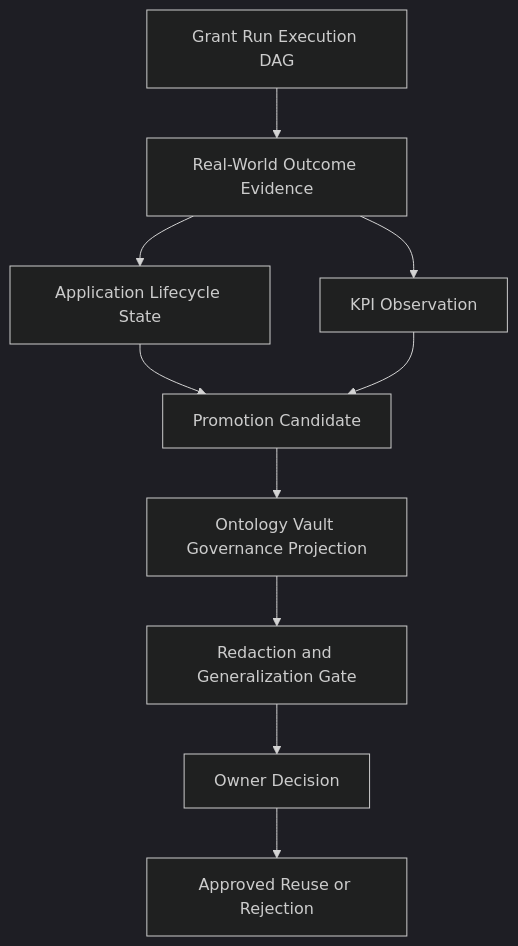
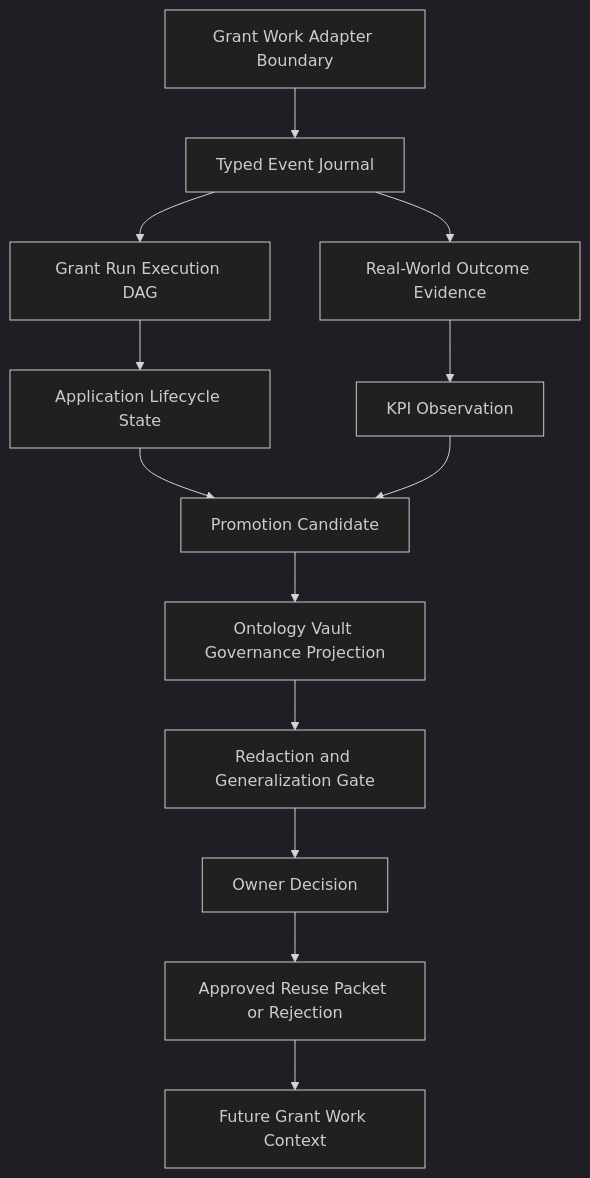
The diagram in docs/features/goldenquill-promotion-governance/SPEC.md (cyberAlchemyAI/domainspec), drawn with Mermaid (dark theme) before and after one commit. The commit also changed other lines of this file and 47 other files, not shown here.

Commit message:
Update GoldenQuill promotion governance docs

````diff
--- a/docs/features/goldenquill-promotion-governance/SPEC.md
+++ b/docs/features/goldenquill-promotion-governance/SPEC.md
@@ -55,12 +60,15 @@
 ```mermaid
 graph TD
-    A[Grant Run Execution DAG] --> B[Real-World Outcome Evidence]
-    B --> C[Application Lifecycle State]
-    B --> D[KPI Observation]
-    C --> E[Promotion Candidate]
-    D --> E
-    E --> F[Ontology Vault Governance Projection]
-    F --> G[Redaction and Generalization Gate]
-    G --> H[Owner Decision]
-    H --> I[Approved Reuse or Rejection]
+    A[Grant Work Adapter Boundary] --> B[Typed Event Journal]
+    B --> C[Grant Run Execution DAG]
+    B --> D[Real-World Outcome Evidence]
+    C --> E[Application Lifecycle State]
+    D --> F[KPI Observation]
+    E --> G[Promotion Candidate]
+    F --> G
+    G --> H[Ontology Vault Governance Projection]
+    H --> I[Redaction and Generalization Gate]
+    I --> J[Owner Decision]
+    J --> K[Approved Reuse Packet or Rejection]
+    K --> L[Future Grant Work Context]
 ```
````
